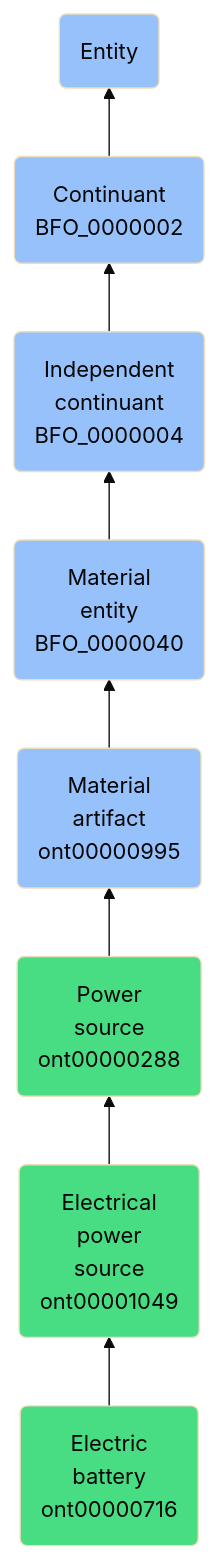
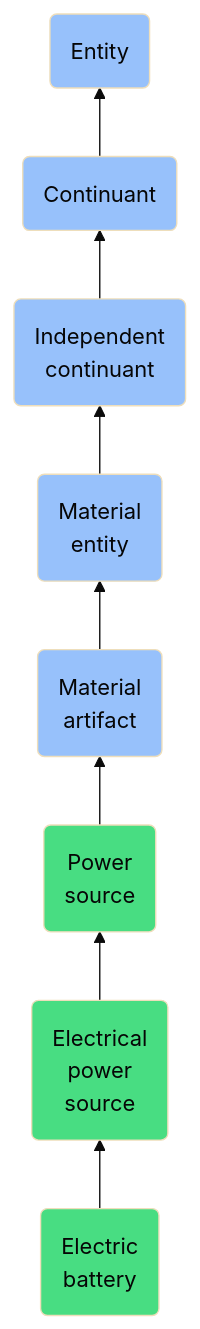
One commit to jupyter-naas/abi changed the diagram in docs/ontology/reference/model/Entity/Continuant/Independent continuant/Material entity/Material artifact/Power source/Electrical power source/Electric battery/Electric battery.md. Above: the diagram before and after it, drawn with Mermaid (base theme). The commit also changed other lines of this file and 1430 other files, not shown here.

````diff
--- a/docs/ontology/reference/model/Entity/Continuant/Independent continuant/Material entity/Material artifact/Power source/Electrical power source/Electric battery/Electric battery.md
+++ b/docs/ontology/reference/model/Entity/Continuant/Independent continuant/Material entity/Material artifact/Power source/Electrical power source/Electric battery/Electric battery.md
@@ -24,15 +24,15 @@
 ```mermaid
 graph BT
-    ont00000716(Electric<br>battery<br>ont00000716):::ABI-->ont00001049
-    ont00001049(Electrical<br>power<br>source<br>ont00001049):::ABI-->ont00000288
-    ont00000288(Power<br>source<br>ont00000288):::ABI-->ont00000995
-    ont00000995(Material<br>artifact<br>ont00000995):::BFO-->BFO_0000040
-    BFO_0000040(Material<br>entity<br>BFO_0000040):::BFO-->BFO_0000004
-    BFO_0000004(Independent<br>continuant<br>BFO_0000004):::BFO-->BFO_0000002
-    BFO_0000002(Continuant<br>BFO_0000002):::BFO-->BFO_0000001
+    ont00000716(Electric<br>battery):::ABI-->ont00001049
+    ont00001049(Electrical<br>power<br>source):::ABI-->ont00000288
+    ont00000288(Power<br>source):::ABI-->ont00000995
+    ont00000995(Material<br>artifact):::BFO-->BFO_0000040
+    BFO_0000040(Material<br>entity):::BFO-->BFO_0000004
+    BFO_0000004(Independent<br>continuant):::BFO-->BFO_0000002
+    BFO_0000002(Continuant):::BFO-->BFO_0000001
     BFO_0000001(Entity):::BFO
     
     classDef BFO fill:#97c1fb,color:#060606
     classDef CCO fill:#e4c51e,color:#060606
     classDef ABI fill:#48DD82,color:#060606
 ```
````
